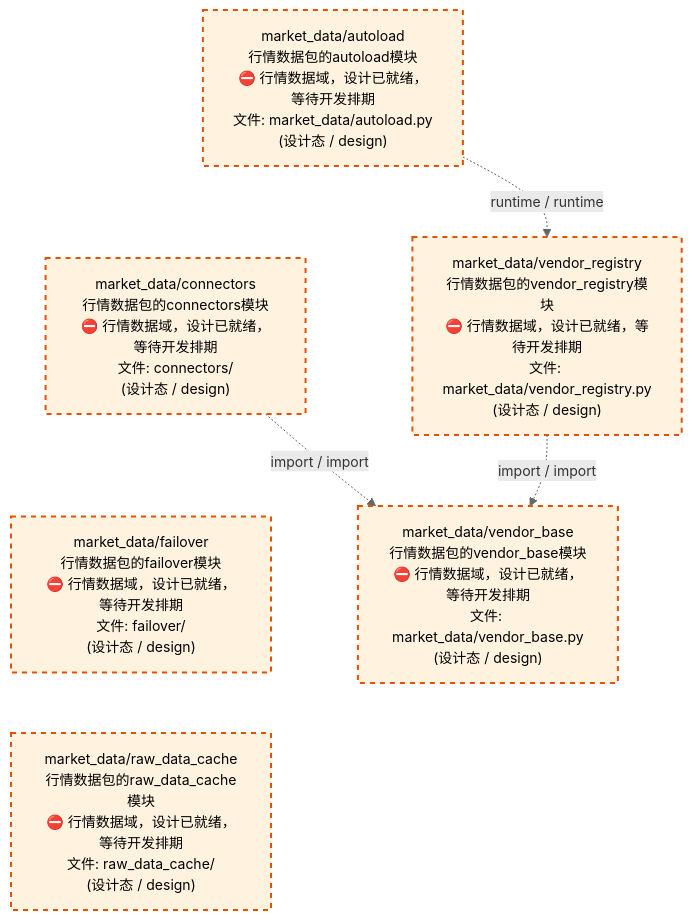
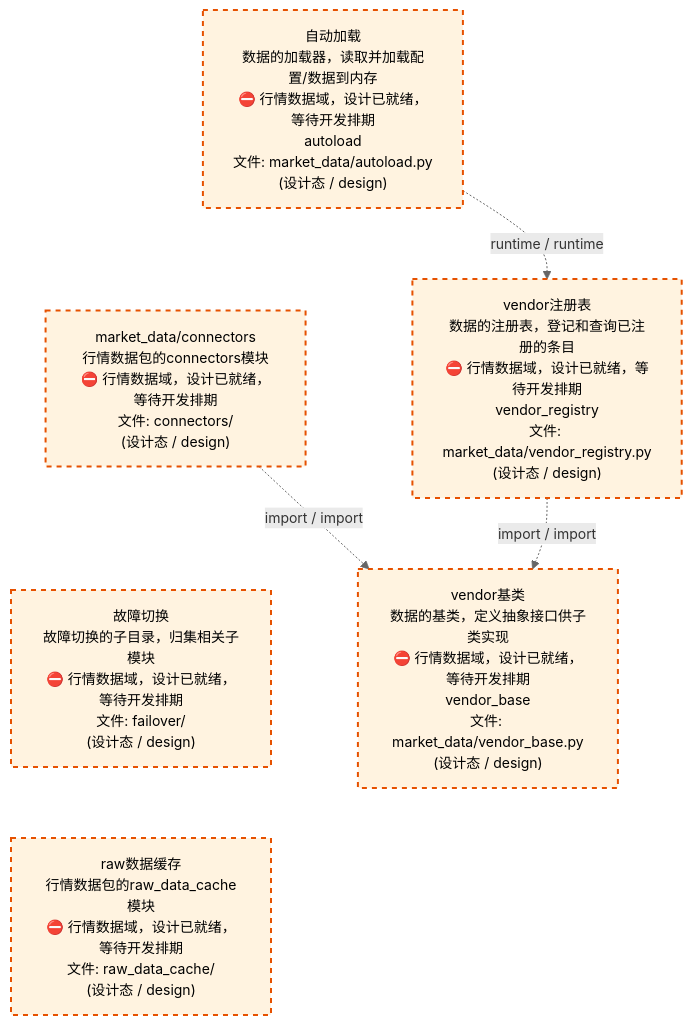
One commit to xuanFelixVan/ZephyrAlpha changed the third of 4 diagrams in docs/02_enterprise_architecture/02_domain_architecture_docs/23_d_mkt_data.md. Above: the diagram before and after it, drawn with Mermaid. The commit also changed other lines of this file and 54 other files, not shown here.

````diff
--- a/docs/02_enterprise_architecture/02_domain_architecture_docs/23_d_mkt_data.md
+++ b/docs/02_enterprise_architecture/02_domain_architecture_docs/23_d_mkt_data.md
@@ -143,21 +143,21 @@
 ```mermaid
 %%{init: {'theme': 'base', 'themeVariables': {'primaryColor': '#eaeaea', 'primaryTextColor': '#333333', 'primaryBorderColor': '#666666', 'lineColor': '#666666', 'secondaryColor': '#eaeaea', 'tertiaryColor': '#eaeaea', 'fontSize': '14px'}}}%%
 flowchart TD
-    src_zephyr_market_data_autoload_py["market_data/autoload<br/>行情数据包的autoload模块<br/>⛔ 行情数据域，设计已就绪，等待开发排期<br/>文件: market_data/autoload.py<br/>(设计态 / design)"]
+    src_zephyr_market_data_autoload_py["自动加载<br/>数据的加载器，读取并加载配置/数据到内存<br/>⛔ 行情数据域，设计已就绪，等待开发排期<br/>autoload<br/>文件: market_data/autoload.py<br/>(设计态 / design)"]
     src_zephyr_market_data_connectors["market_data/connectors<br/>行情数据包的connectors模块<br/>⛔ 行情数据域，设计已就绪，等待开发排期<br/>文件: connectors/<br/>(设计态 / design)"]
-    src_zephyr_market_data_failover["market_data/failover<br/>行情数据包的failover模块<br/>⛔ 行情数据域，设计已就绪，等待开发排期<br/>文件: failover/<br/>(设计态 / design)"]
-    src_zephyr_market_data_raw_data_cache["market_data/raw_data_cache<br/>行情数据包的raw_data_cache模块<br/>⛔ 行情数据域，设计已就绪，等待开发排期<br/>文件: raw_data_cache/<br/>(设计态 / design)"]
+    src_zephyr_market_data_failover["故障切换<br/>故障切换的子目录，归集相关子模块<br/>⛔ 行情数据域，设计已就绪，等待开发排期<br/>文件: failover/<br/>(设计态 / design)"]
+    src_zephyr_market_data_raw_data_cache["raw数据缓存<br/>行情数据包的raw_data_cache模块<br/>⛔ 行情数据域，设计已就绪，等待开发排期<br/>文件: raw_data_cache/<br/>(设计态 / design)"]
     src_zephyr_market_data_autoload_py ~~~ src_zephyr_market_data_connectors
     src_zephyr_market_data_connectors ~~~ src_zephyr_market_data_failover
     src_zephyr_market_data_failover ~~~ src_zephyr_market_data_raw_data_cache
-    src_zephyr_market_data_vendor_registry_py["market_data/vendor_registry<br/>行情数据包的vendor_registry模块<br/>⛔ 行情数据域，设计已就绪，等待开发排期<br/>文件: market_data/vendor_registry.py<br/>(设计态 / design)"]
-    src_zephyr_market_data_vendor_base_py["market_data/vendor_base<br/>行情数据包的vendor_base模块<br/>⛔ 行情数据域，设计已就绪，等待开发排期<br/>文件: market_data/vendor_base.py<br/>(设计态 / design)"]
+    src_zephyr_market_data_vendor_registry_py["vendor注册表<br/>数据的注册表，登记和查询已注册的条目<br/>⛔ 行情数据域，设计已就绪，等待开发排期<br/>vendor_registry<br/>文件: market_data/vendor_registry.py<br/>(设计态 / design)"]
+    src_zephyr_market_data_vendor_base_py["vendor基类<br/>数据的基类，定义抽象接口供子类实现<br/>⛔ 行情数据域，设计已就绪，等待开发排期<br/>vendor_base<br/>文件: market_data/vendor_base.py<br/>(设计态 / design)"]
     src_zephyr_market_data_vendor_registry_py -.->|import / import| src_zephyr_market_data_vendor_base_py
     src_zephyr_market_data_connectors -.->|import / import| src_zephyr_market_data_vendor_base_py
     src_zephyr_market_data_autoload_py -.->|runtime / runtime| src_zephyr_market_data_vendor_registry_py
     classDef production fill:#e1f5fe,stroke:#01579b,stroke-width:2px,color:#000
     classDef design fill:#fff3e0,stroke:#e65100,stroke-width:2px,color:#000,stroke-dasharray: 5 5
     classDef external_prod fill:#e8f4fd,stroke:#0277bd,stroke-width:1px,color:#000
     classDef external_design fill:#fff8e7,stroke:#ef6c00,stroke-width:1px,color:#000,stroke-dasharray: 5 5
     class src_zephyr_market_data_autoload_py,src_zephyr_market_data_connectors,src_zephyr_market_data_failover,src_zephyr_market_data_raw_data_cache,src_zephyr_market_data_vendor_base_py,src_zephyr_market_data_vendor_registry_py design
 ```
````
